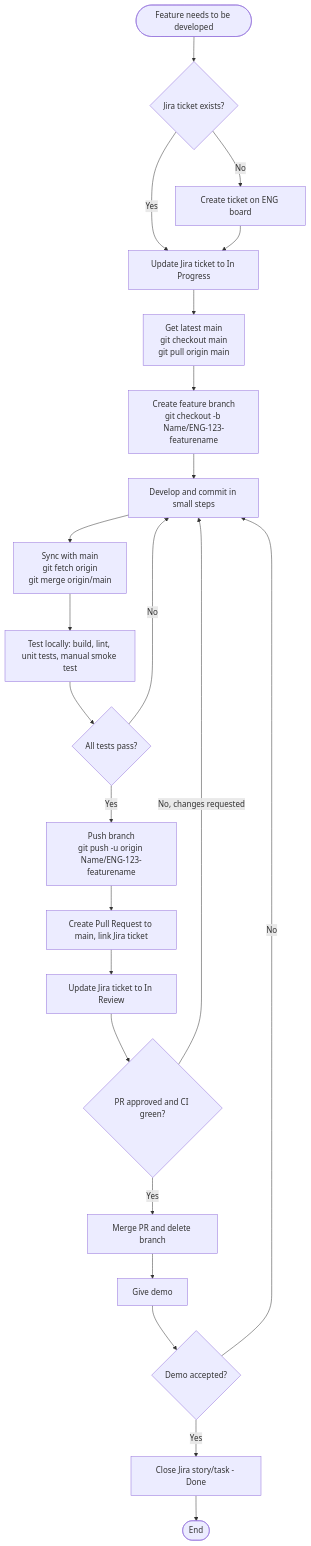
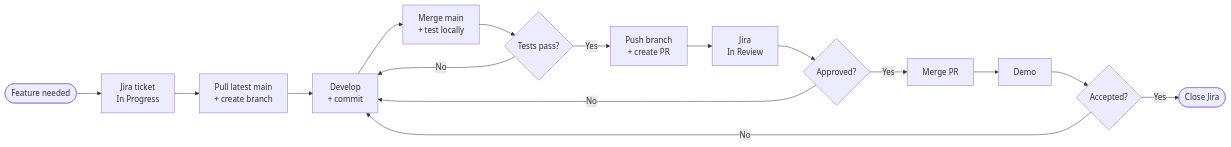
The first of 3 diagrams in GIT_CHECKIN_PROCESS.md (CricketStop/Engineering-Process), drawn with Mermaid before and after one commit. The commit also changed other lines of this file, not shown here.

Commit message:
update chart

````diff
--- a/GIT_CHECKIN_PROCESS.md
+++ b/GIT_CHECKIN_PROCESS.md
@@ -78,25 +78,18 @@
 ```mermaid
-flowchart TD
-    A([Feature needs to be developed]) --> B{Jira ticket exists?}
-    B -- No --> C[Create ticket on ENG board]
-    B -- Yes --> D
-    C --> D[Update Jira ticket to In Progress]
-    D --> E["Get latest main<br/>git checkout main<br/>git pull origin main"]
-    E --> F["Create feature branch<br/>git checkout -b Name/ENG-123-featurename"]
-    F --> G[Develop and commit in small steps]
-    G --> H["Sync with main<br/>git fetch origin<br/>git merge origin/main"]
-    H --> I[Test locally: build, lint, unit tests, manual smoke test]
-    I --> J{All tests pass?}
-    J -- No --> G
-    J -- Yes --> K["Push branch<br/>git push -u origin Name/ENG-123-featurename"]
-    K --> L[Create Pull Request to main, link Jira ticket]
-    L --> M[Update Jira ticket to In Review]
-    M --> N{PR approved and CI green?}
-    N -- No, changes requested --> G
-    N -- Yes --> O[Merge PR and delete branch]
-    O --> P[Give demo]
-    P --> Q{Demo accepted?}
-    Q -- No --> G
-    Q -- Yes --> R[Close Jira story/task - Done]
-    R --> S([End])
+flowchart LR
+    A([Feature needed]) --> B[Jira ticket<br/>In Progress]
+    B --> C[Pull latest main<br/>+ create branch]
+    C --> D[Develop<br/>+ commit]
+    D --> E[Merge main<br/>+ test locally]
+    E --> F{Tests pass?}
+    F -- No --> D
+    F -- Yes --> G[Push branch<br/>+ create PR]
+    G --> H[Jira<br/>In Review]
+    H --> I{Approved?}
+    I -- No --> D
+    I -- Yes --> J[Merge PR]
+    J --> K[Demo]
+    K --> L{Accepted?}
+    L -- No --> D
+    L -- Yes --> M([Close Jira])
 ```
````
